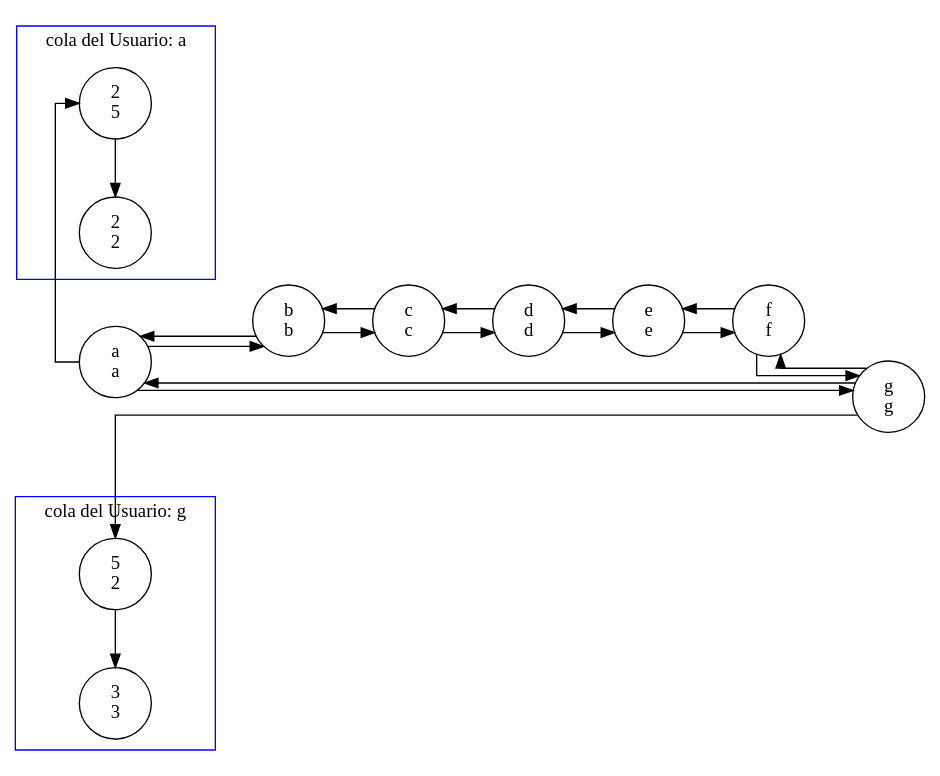
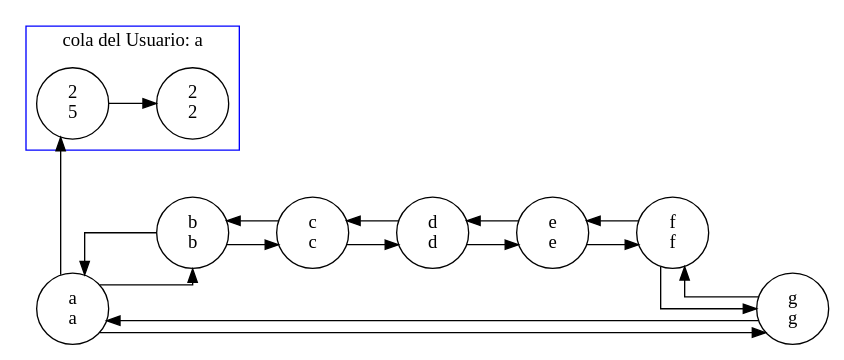
One commit to 6mmario/Practica1 changed the diagram in Practica1_283/img/ListaCircular.dot. Above: the diagram before and after it, drawn with Graphviz. The commit also changed 2 other files, not shown here.

```diff
--- a/Practica1_283/img/ListaCircular.dot
+++ b/Practica1_283/img/ListaCircular.dot
@@ -1,37 +1,29 @@
 digraph listaUsuarios {
 rankdir = LR
 size = "100,100" 
 nodesep = 0.6
 splines=ortho
 "a \n a"->"b \n b"
 "b \n b"->"c \n c"
 "c \n c"->"d \n d"
 "d \n d"->"e \n e"
 "e \n e"->"f \n f"
 "f \n f"->"g \n g"
 "g \n g"->"a \n a"
 "g \n g"->"f \n f"
 "f \n f"->"e \n e"
 "e \n e"->"d \n d"
 "d \n d"->"c \n c"
 "c \n c"->"b \n b"
 "b \n b"->"a \n a"
 "a \n a"->"g \n g"
 cola1[ label = "2\n5"]
 "a \n a"->cola1 [constraint = false]
 subgraph cluster_1{
 cola2[ label = "2\n2"]
-cola1-> cola2 [constraint = false]
+cola1-> cola2
 color=blue
 label = "cola del Usuario: a"
 }
-cola3[ label = "5\n2"]
-"g \n g"->cola3 [constraint = false]
-subgraph cluster_2{
-cola4[ label = "3\n3"]
-cola3-> cola4 [constraint = false]
-color=blue
-label = "cola del Usuario: g"
-}
 
 }
```
